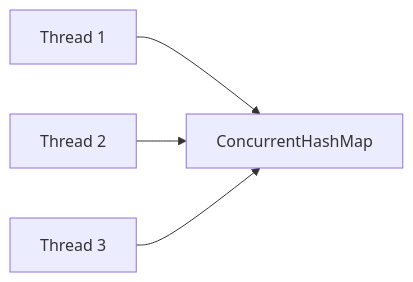
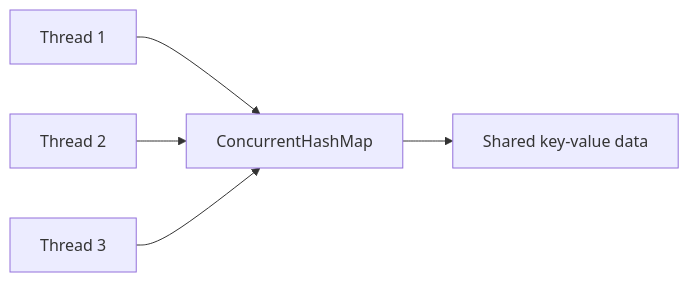
Diagram 18 of 25 in HLD_NOTES/003_TECHNOLOGY_DEEP_DIVE/core-java/java_collections_quick_ref.md (mthaiseer/springcloud-systemdesign-notes), drawn with Mermaid before and after one commit. The commit also changed other lines of this file, not shown here.

````diff
--- a/HLD_NOTES/003_TECHNOLOGY_DEEP_DIVE/core-java/java_collections_quick_ref.md
+++ b/HLD_NOTES/003_TECHNOLOGY_DEEP_DIVE/core-java/java_collections_quick_ref.md
@@ -800,6 +816,7 @@
 ```mermaid
 flowchart LR
-    T1["Thread 1"] --> Map["ConcurrentHashMap"]
-    T2["Thread 2"] --> Map
-    T3["Thread 3"] --> Map
+    T1[Thread 1] --> CHM[ConcurrentHashMap]
+    T2[Thread 2] --> CHM
+    T3[Thread 3] --> CHM
+    CHM --> Data[Shared key-value data]
 ```
````
